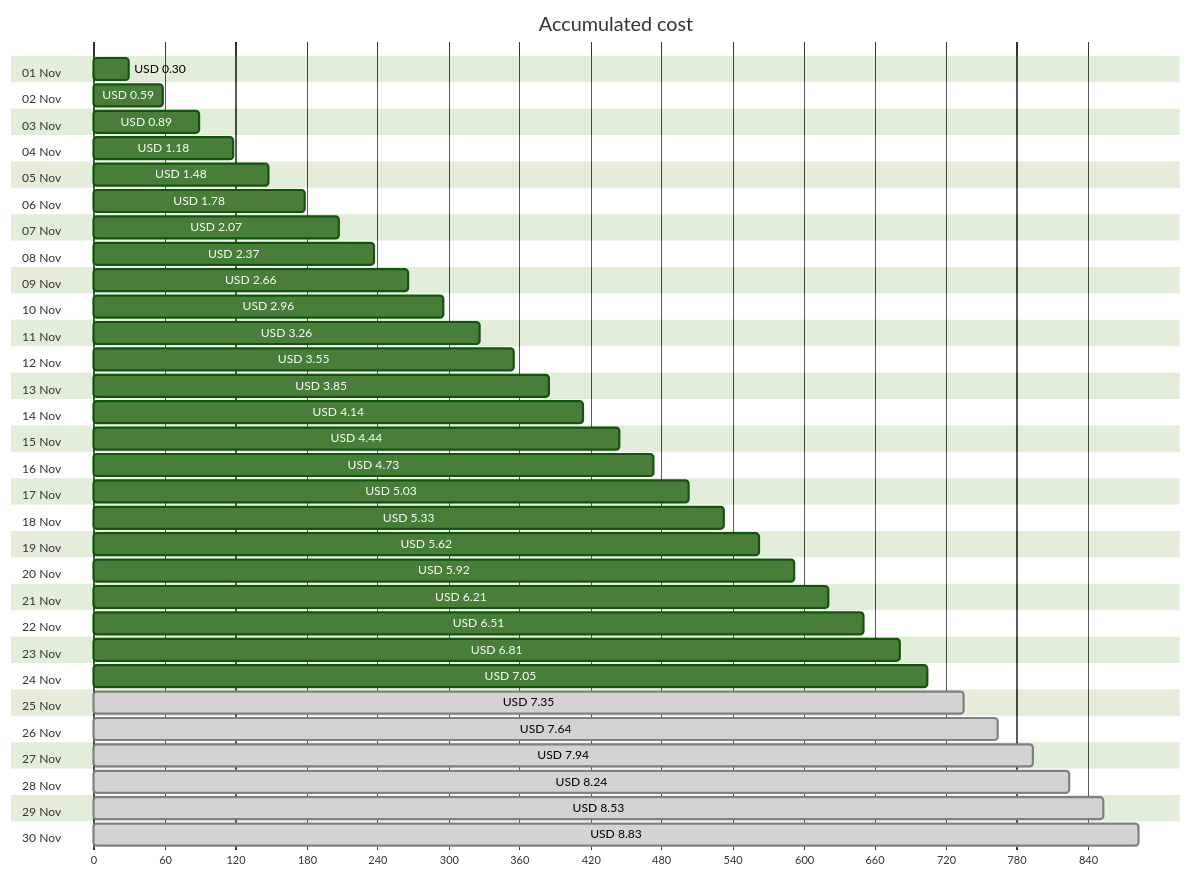
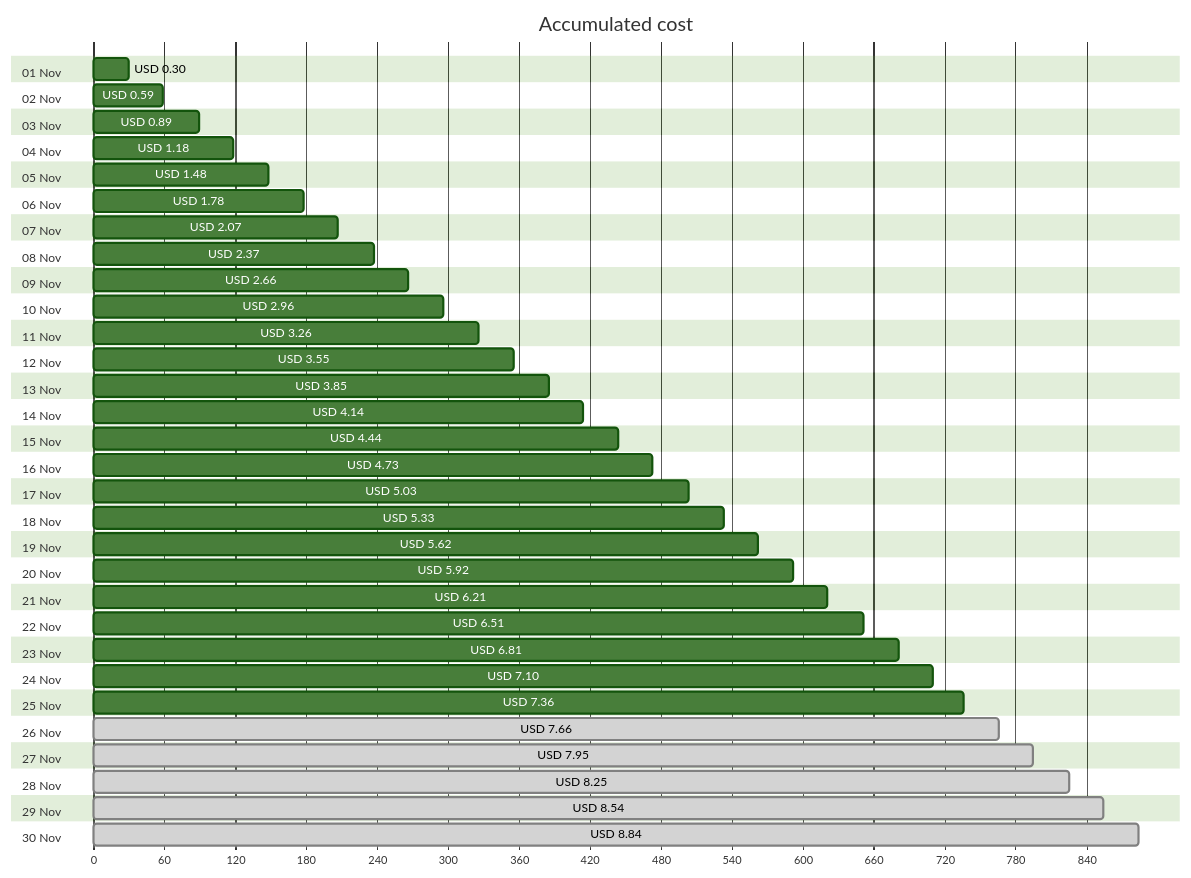
Before and after one commit to jpfulton/azure-personal-reports: the first of 4 diagrams in cost-reports/personal-site/personal-site-preview.md, drawn with Mermaid (forest theme). The commit also changed other lines of this file and 6 other files, not shown here.

````diff
--- a/cost-reports/personal-site/personal-site-preview.md
+++ b/cost-reports/personal-site/personal-site-preview.md
@@ -20,66 +20,66 @@
 ```mermaid
 gantt
    title Accumulated cost
    dateFormat  X
    axisFormat %s
    section 01 Nov
    USD 0.30 :0, 30
    section 02 Nov
    USD 0.59 :0, 59
    section 03 Nov
    USD 0.89 :0, 89
    section 04 Nov
    USD 1.18 :0, 118
    section 05 Nov
    USD 1.48 :0, 148
    section 06 Nov
    USD 1.78 :0, 178
    section 07 Nov
    USD 2.07 :0, 207
    section 08 Nov
    USD 2.37 :0, 237
    section 09 Nov
    USD 2.66 :0, 266
    section 10 Nov
    USD 2.96 :0, 296
    section 11 Nov
    USD 3.26 :0, 326
    section 12 Nov
    USD 3.55 :0, 355
    section 13 Nov
    USD 3.85 :0, 385
    section 14 Nov
    USD 4.14 :0, 414
    section 15 Nov
    USD 4.44 :0, 444
    section 16 Nov
    USD 4.73 :0, 473
    section 17 Nov
    USD 5.03 :0, 503
    section 18 Nov
    USD 5.33 :0, 533
    section 19 Nov
    USD 5.62 :0, 562
    section 20 Nov
    USD 5.92 :0, 592
    section 21 Nov
    USD 6.21 :0, 621
    section 22 Nov
    USD 6.51 :0, 651
    section 23 Nov
    USD 6.81 :0, 681
    section 24 Nov
-   USD 7.05 :0, 705
+   USD 7.10 :0, 710
    section 25 Nov
-   USD 7.35 : done, 0, 735
+   USD 7.36 :0, 736
    section 26 Nov
-   USD 7.64 : done, 0, 764
+   USD 7.66 : done, 0, 766
    section 27 Nov
-   USD 7.94 : done, 0, 794
+   USD 7.95 : done, 0, 795
    section 28 Nov
-   USD 8.24 : done, 0, 824
+   USD 8.25 : done, 0, 825
    section 29 Nov
-   USD 8.53 : done, 0, 853
+   USD 8.54 : done, 0, 854
    section 30 Nov
-   USD 8.83 : done, 0, 883
+   USD 8.84 : done, 0, 884
 ```
````
